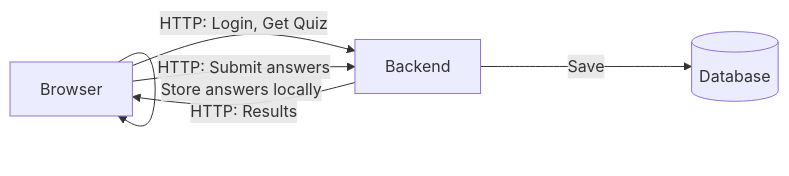
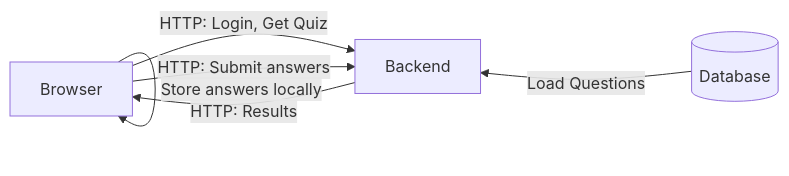
One commit to PSI-RDB-2026/QuizApp changed the second of 4 diagrams in docs/DESIGN.md. Above: the diagram before and after it, drawn with Mermaid. The commit also changed other lines of this file and 1 other file, not shown here.

Commit message:
Opraveno

````diff
--- a/docs/DESIGN.md
+++ b/docs/DESIGN.md
@@ -52,12 +52,18 @@
 ```mermaid
 flowchart LR
     Browser[Browser]
     Backend[Backend]
     DB[(Database)]
 
     Browser -->|HTTP: Login, Get Quiz| Backend
     Browser -->|Store answers locally| Browser
     Browser -->|HTTP: Submit answers| Backend
-    Backend -->|Save| DB
+
+    DB -->|Load Questions| Backend
+
+    Backend ~~~ DB    
+    
     Backend -->|HTTP: Results| Browser
+
+    
 ```
````
